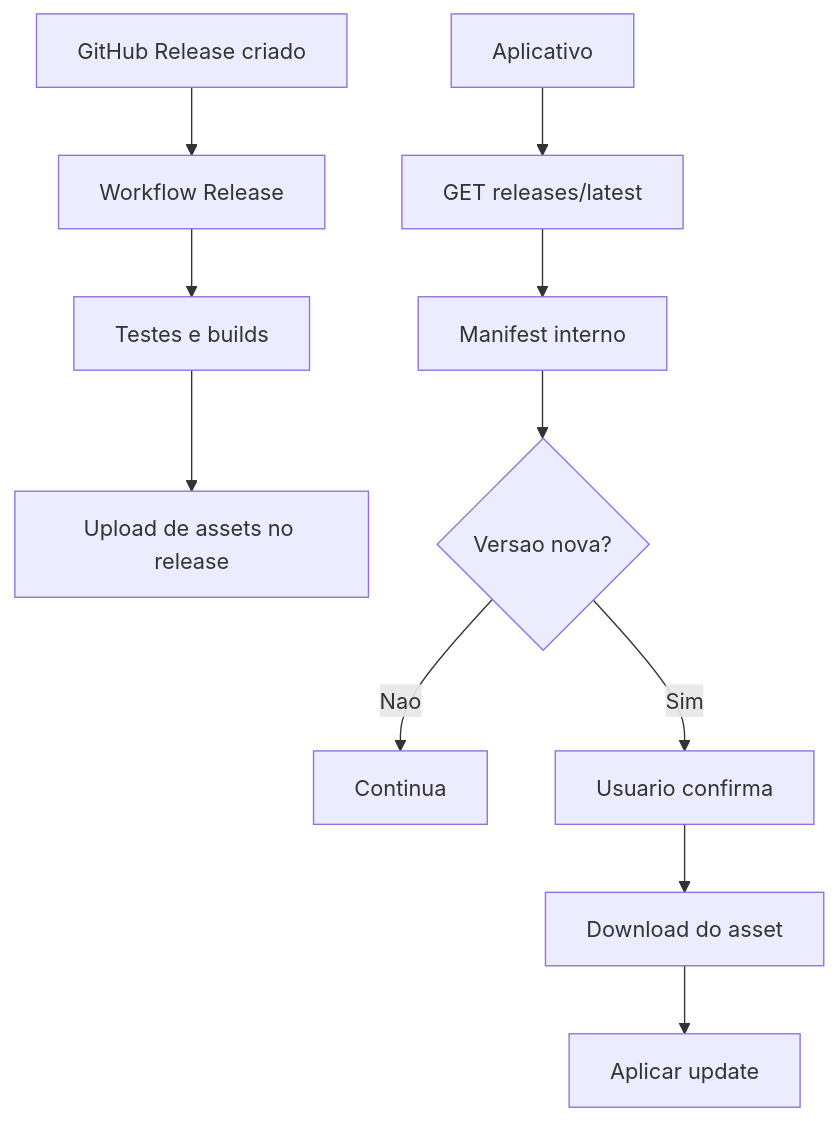
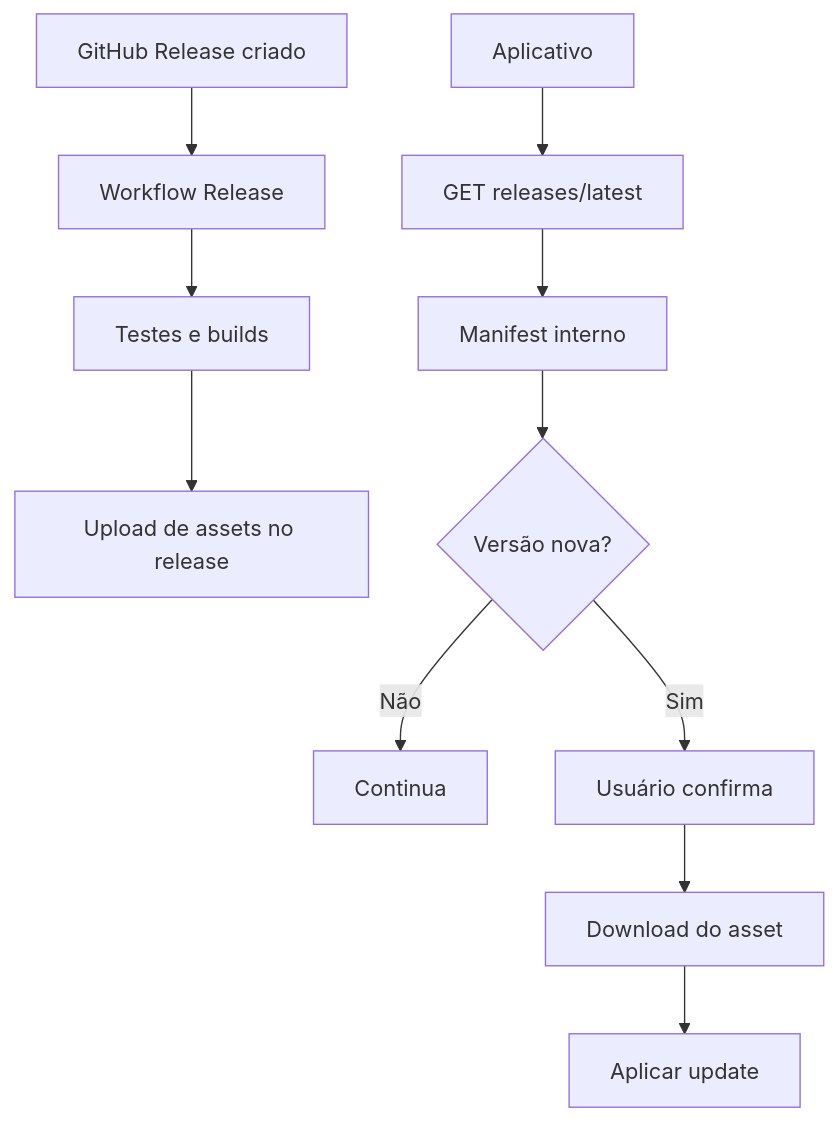
The diagram in aep/0029-auto-update.md (inclunet/assistente), drawn with Mermaid before and after one commit. The commit also changed 1 other file, not shown here.

Commit message:
docs: address release doc nits
Clarify GitHub CLI authentication guidance and fix accented labels in the auto-update diagram.

````diff
--- a/aep/0029-auto-update.md
+++ b/aep/0029-auto-update.md
@@ -37,13 +37,13 @@
 ```mermaid
 flowchart TD
     releaseCreated["GitHub Release criado"] --> workflow["Workflow Release"]
     workflow --> tests["Testes e builds"]
     tests --> assets["Upload de assets no release"]
     app["Aplicativo"] --> latest["GET releases/latest"]
     latest --> manifest["Manifest interno"]
-    manifest --> decision{"Versao nova?"}
-    decision -->|"Nao"| keepRunning["Continua"]
-    decision -->|"Sim"| userConfirm["Usuario confirma"]
+    manifest --> decision{"Versão nova?"}
+    decision -->|"Não"| keepRunning["Continua"]
+    decision -->|"Sim"| userConfirm["Usuário confirma"]
     userConfirm --> download["Download do asset"]
     download --> apply["Aplicar update"]
 ```
````
